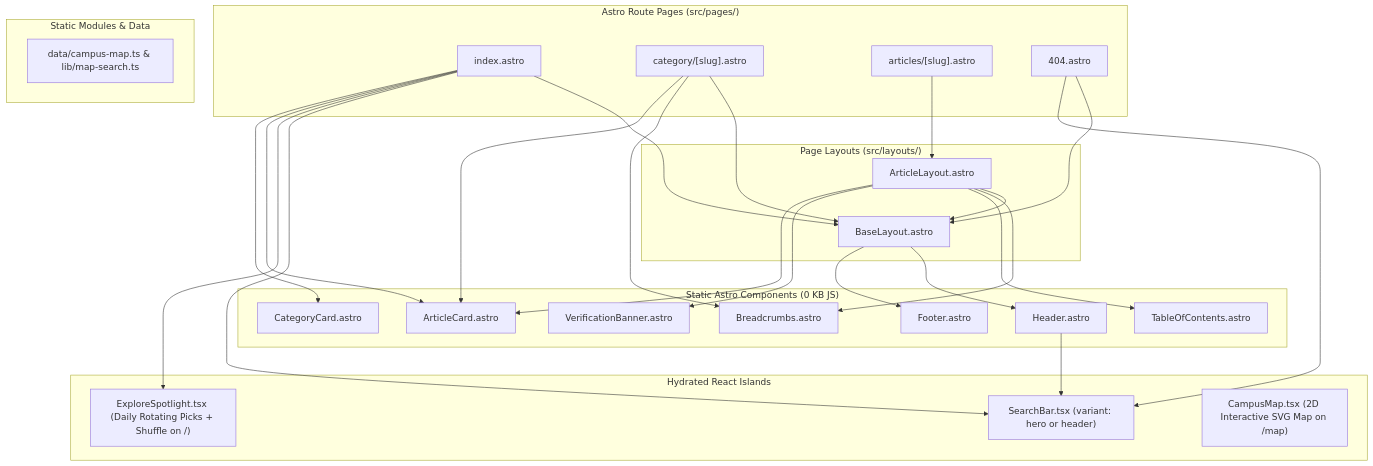
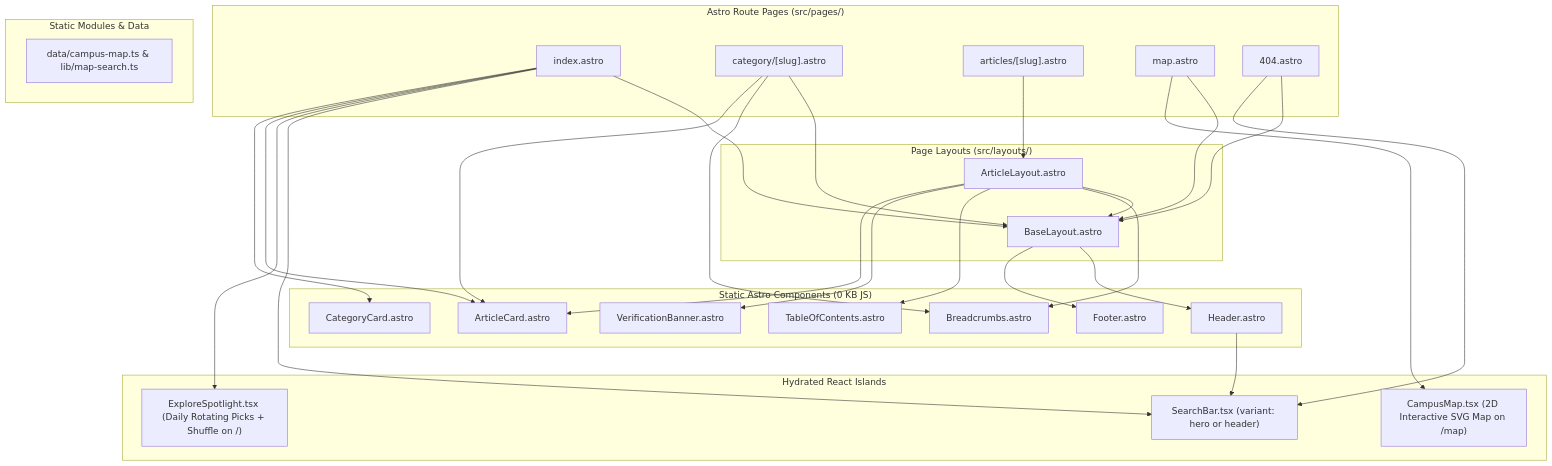
The second of 2 diagrams in ARCHITECTURE.md (bulsutools/geary), drawn with Mermaid before and after one commit. The commit also changed other lines of this file and 54 other files, not shown here.

````diff
--- a/ARCHITECTURE.md
+++ b/ARCHITECTURE.md
@@ -101,59 +101,62 @@
 ```mermaid
 flowchart TD
     subgraph Pages["Astro Route Pages (src/pages/)"]
         P_HOME["index.astro"]
         P_CAT["category/[slug].astro"]
         P_ART["articles/[slug].astro"]
+        P_MAP["map.astro"]
         P_404["404.astro"]
     end
 
     subgraph Layouts["Page Layouts (src/layouts/)"]
         L_BASE["BaseLayout.astro"]
         L_ART["ArticleLayout.astro"]
     end
 
     subgraph StaticComps["Static Astro Components (0 KB JS)"]
         C_HDR["Header.astro"]
         C_FTR["Footer.astro"]
         C_BC["Breadcrumbs.astro"]
         C_CCARD["CategoryCard.astro"]
         C_ACARD["ArticleCard.astro"]
         C_TOC["TableOfContents.astro"]
         C_VER["VerificationBanner.astro"]
     end
 
     subgraph StaticData["Static Modules & Data"]
         D_MAP["data/campus-map.ts & lib/map-search.ts"]
     end
 
     subgraph Islands["Hydrated React Islands"]
         I_SRCH["SearchBar.tsx (variant: hero or header)"]
         I_EXPL["ExploreSpotlight.tsx (Daily Rotating Picks + Shuffle on /)"]
         I_MAP["CampusMap.tsx (2D Interactive SVG Map on /map)"]
     end
 
     P_HOME --> L_BASE
     P_CAT --> L_BASE
+    P_MAP --> L_BASE
     P_404 --> L_BASE
     P_ART --> L_ART
     L_ART --> L_BASE
 
     L_BASE --> C_HDR
     L_BASE --> C_FTR
     C_HDR --> I_SRCH
 
     P_HOME --> I_SRCH
     P_HOME --> I_EXPL
     P_HOME --> C_ACARD
     P_HOME --> C_CCARD
 
     P_CAT --> C_BC
     P_CAT --> C_ACARD
 
     L_ART --> C_BC
     L_ART --> C_TOC
     L_ART --> C_VER
     L_ART --> C_ACARD
 
     P_404 --> I_SRCH
+    P_MAP --> I_MAP
 ```
````
